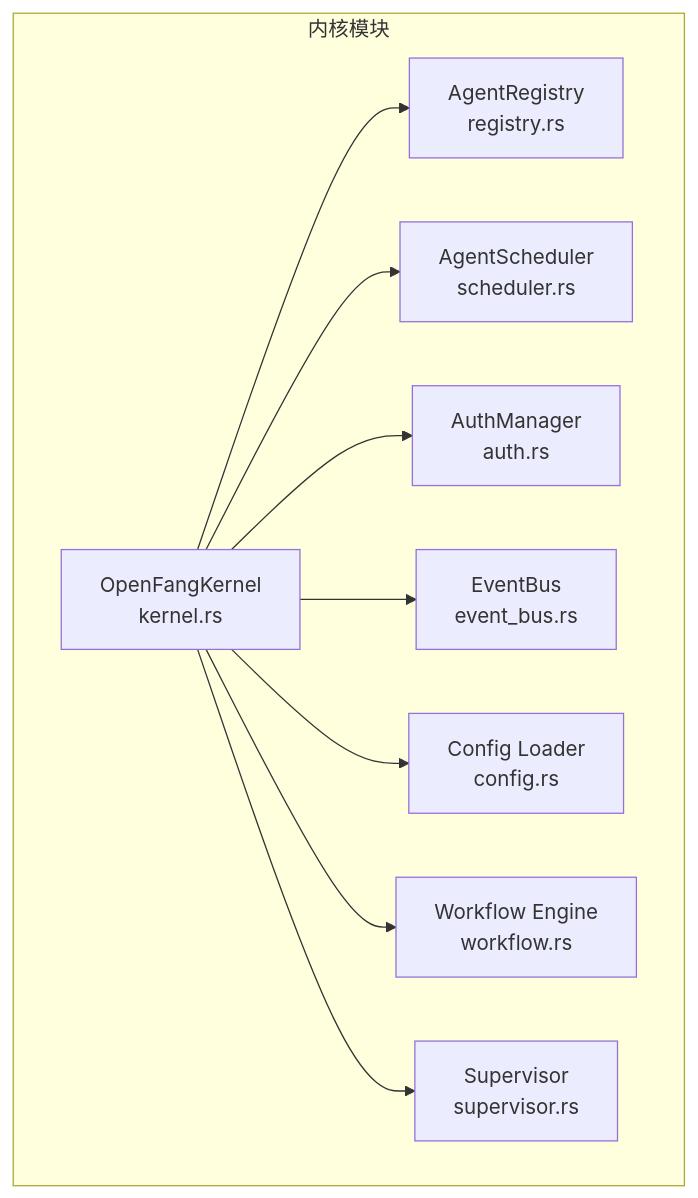
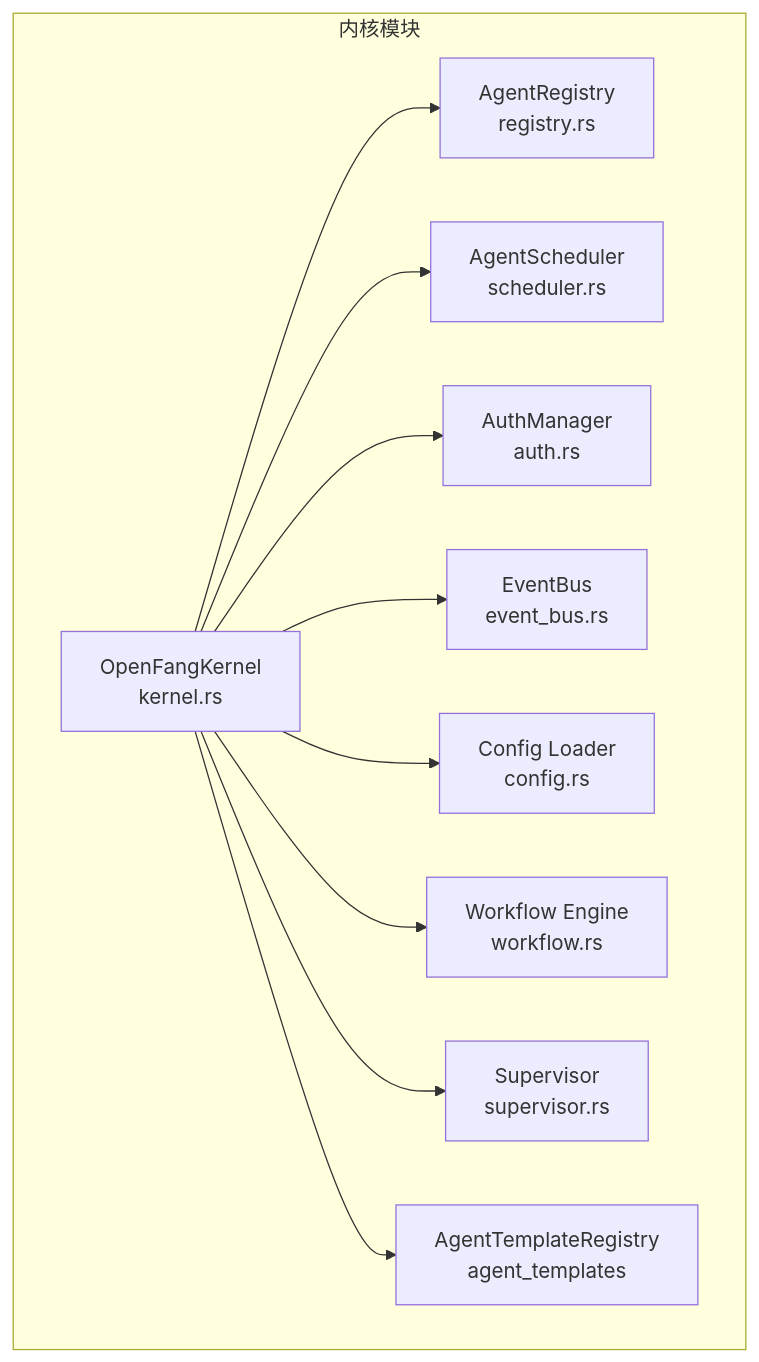
The first of 8 diagrams in .qoder/repowiki/zh/content/核心模块详解/内核系统 (openfang-kernel)/内核系统 (openfang-kernel).md (hexiaowen-bot/openfang), drawn with Mermaid before and after one commit. The commit also changed other lines of this file and 65 other files, not shown here.

````diff
--- a/.qoder/repowiki/zh/content/核心模块详解/内核系统 (openfang-kernel)/内核系统 (openfang-kernel).md
+++ b/.qoder/repowiki/zh/content/核心模块详解/内核系统 (openfang-kernel)/内核系统 (openfang-kernel).md
@@ -53,20 +59,22 @@
 ```mermaid
 graph TB
 subgraph "内核模块"
 K["OpenFangKernel<br/>kernel.rs"]
 R["AgentRegistry<br/>registry.rs"]
 S["AgentScheduler<br/>scheduler.rs"]
 A["AuthManager<br/>auth.rs"]
 E["EventBus<br/>event_bus.rs"]
 C["Config Loader<br/>config.rs"]
 W["Workflow Engine<br/>workflow.rs"]
 SV["Supervisor<br/>supervisor.rs"]
+AT["AgentTemplateRegistry<br/>agent_templates"]
 end
 K --> R
 K --> S
 K --> A
 K --> E
 K --> C
 K --> W
 K --> SV
+K --> AT
 ```
````
